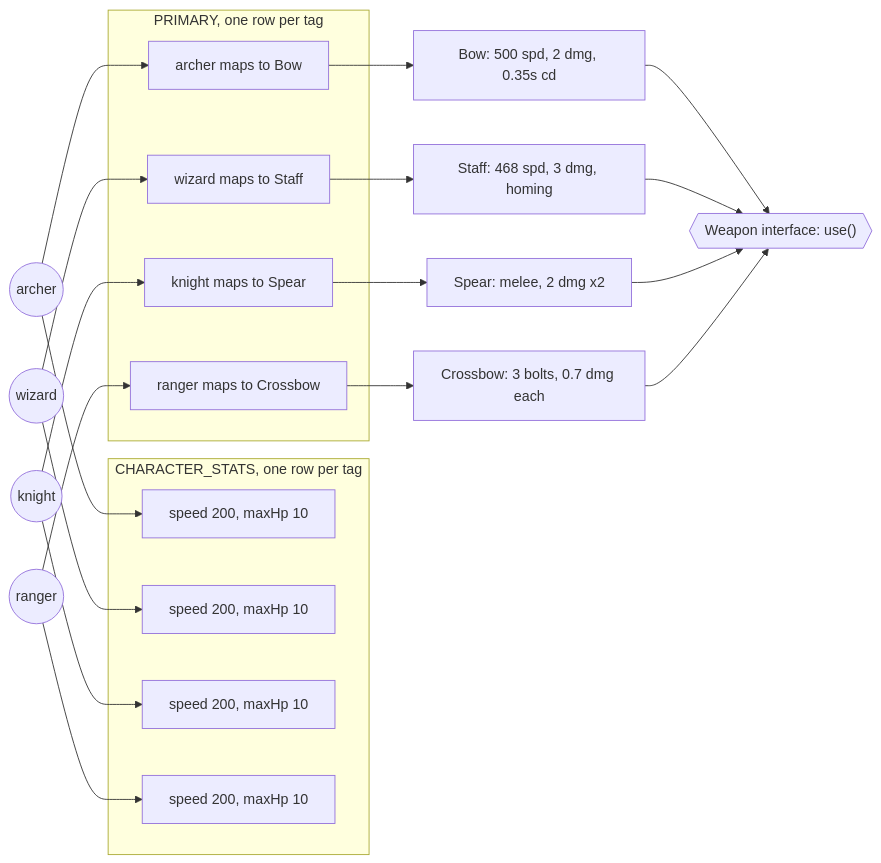
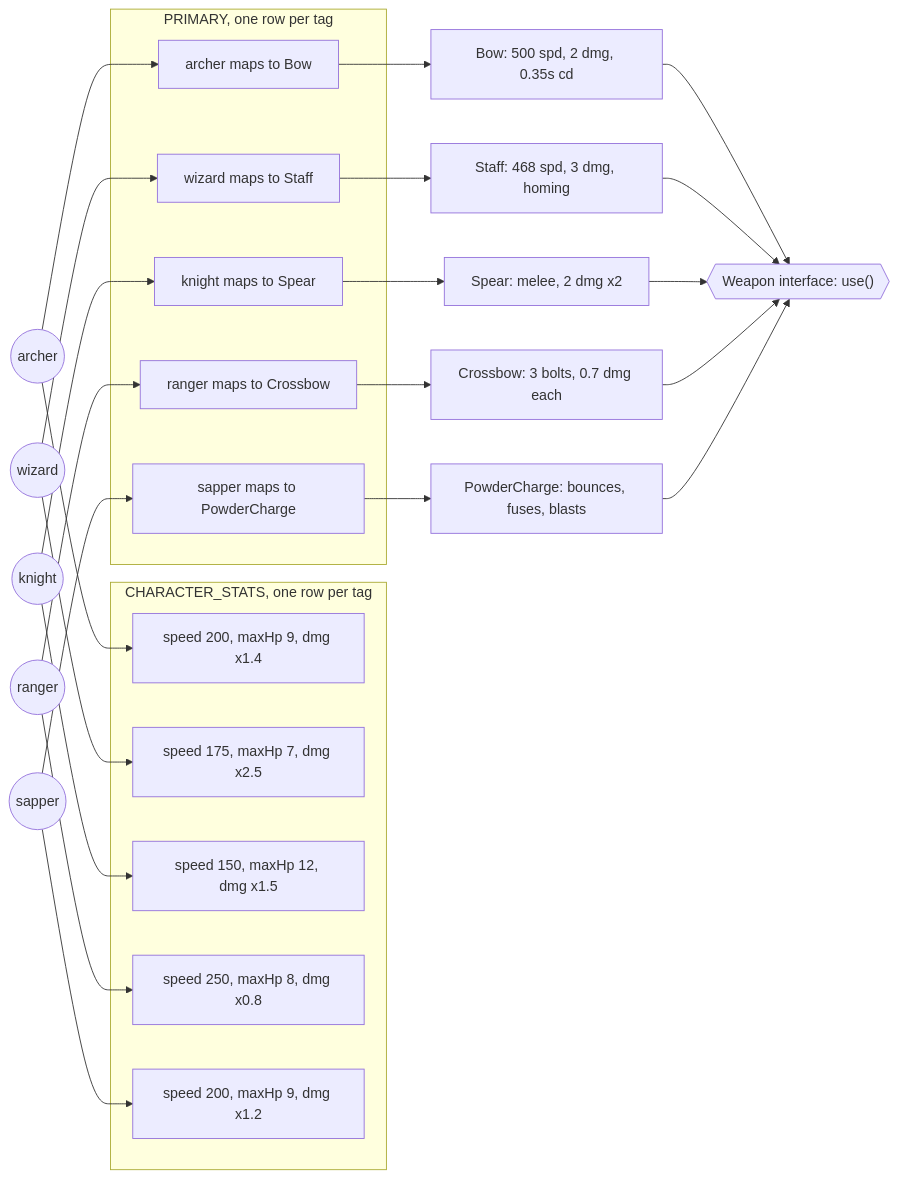
One commit to MrBisonte/crow-archer changed the first of 5 diagrams in docs/design-patterns.md. Above: the diagram before and after it, drawn with Mermaid. The commit also changed other lines of this file and 49 other files, not shown here.

````diff
--- a/docs/design-patterns.md
+++ b/docs/design-patterns.md
@@ -41,37 +41,43 @@
 ```mermaid
 flowchart LR
     archer((archer))
     wizard((wizard))
     knight((knight))
     ranger((ranger))
+    sapper((sapper))
 
     subgraph STATS["CHARACTER_STATS, one row per tag"]
-        sa["speed 200, maxHp 10"]
-        sw["speed 200, maxHp 10"]
-        sk["speed 200, maxHp 10"]
-        sr["speed 200, maxHp 10"]
+        sa["speed 200, maxHp 9, dmg x1.4"]
+        sw["speed 175, maxHp 7, dmg x2.5"]
+        sk["speed 150, maxHp 12, dmg x1.5"]
+        sr["speed 250, maxHp 8, dmg x0.8"]
+        ss["speed 200, maxHp 9, dmg x1.2"]
     end
 
     subgraph PRIMARY["PRIMARY, one row per tag"]
         pa["archer maps to Bow"]
         pw["wizard maps to Staff"]
         pk["knight maps to Spear"]
         pr["ranger maps to Crossbow"]
+        ps["sapper maps to PowderCharge"]
     end
 
     Bow["Bow: 500 spd, 2 dmg, 0.35s cd"]
     Staff["Staff: 468 spd, 3 dmg, homing"]
     Spear["Spear: melee, 2 dmg x2"]
     Crossbow["Crossbow: 3 bolts, 0.7 dmg each"]
+    Powder["PowderCharge: bounces, fuses, blasts"]
     Weapon{{"Weapon interface: use()"}}
 
     archer --> sa
     wizard --> sw
     knight --> sk
     ranger --> sr
+    sapper --> ss
 
     archer --> pa --> Bow --> Weapon
     wizard --> pw --> Staff --> Weapon
     knight --> pk --> Spear --> Weapon
     ranger --> pr --> Crossbow --> Weapon
+    sapper --> ps --> Powder --> Weapon
 ```
````
